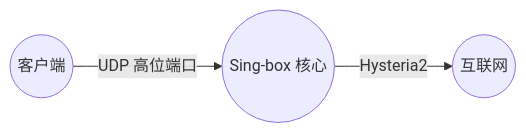
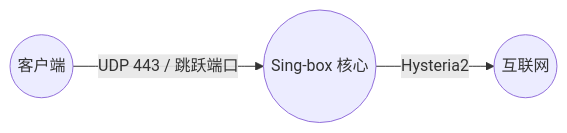
The second of 14 diagrams in docker/sb-xray/docs/02-protocols-and-security.md (currycan/key), drawn with Mermaid before and after one commit. The commit also changed other lines of this file and 1 other file, not shown here.

````diff
--- a/docker/sb-xray/docs/02-protocols-and-security.md
+++ b/docker/sb-xray/docs/02-protocols-and-security.md
@@ -89,5 +89,5 @@
 ```mermaid
 graph LR
-    User((客户端)) -- "UDP 高位端口" --> Singbox(("Sing-box 核心"))
+    User((客户端)) -- "UDP 443 / 跳跃端口" --> Singbox(("Sing-box 核心"))
     Singbox -- "Hysteria2" --> Internet((互联网))
 ```
````
